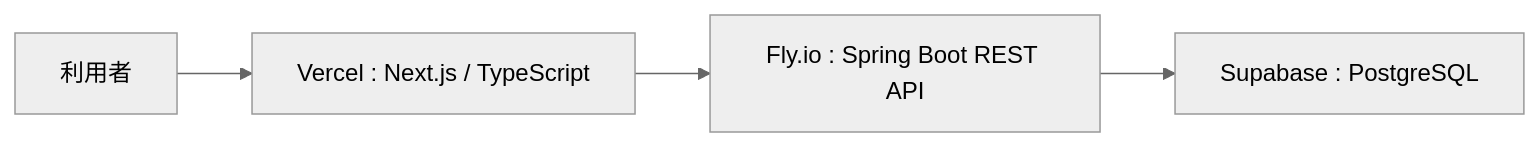
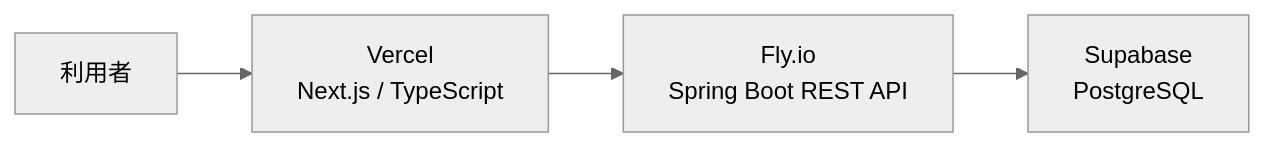
One commit to katodaiya-1030/errorhub changed the diagram in README.md. Above: the diagram before and after it, drawn with Mermaid (neutral theme).

Commit message:
Simplify architecture diagram labels

````diff
--- a/README.md
+++ b/README.md
@@ -52,6 +52,6 @@
 ```mermaid
 flowchart LR
-  U["利用者"] --> F["Vercel : Next.js / TypeScript"]
-  F --> B["Fly.io : Spring Boot REST API"]
-  B --> D["Supabase : PostgreSQL"]
+  U["利用者"] --> F["Vercel<br>Next.js / TypeScript"]
+  F --> B["Fly.io<br>Spring Boot REST API"]
+  B --> D["Supabase<br>PostgreSQL"]
 ```
````
